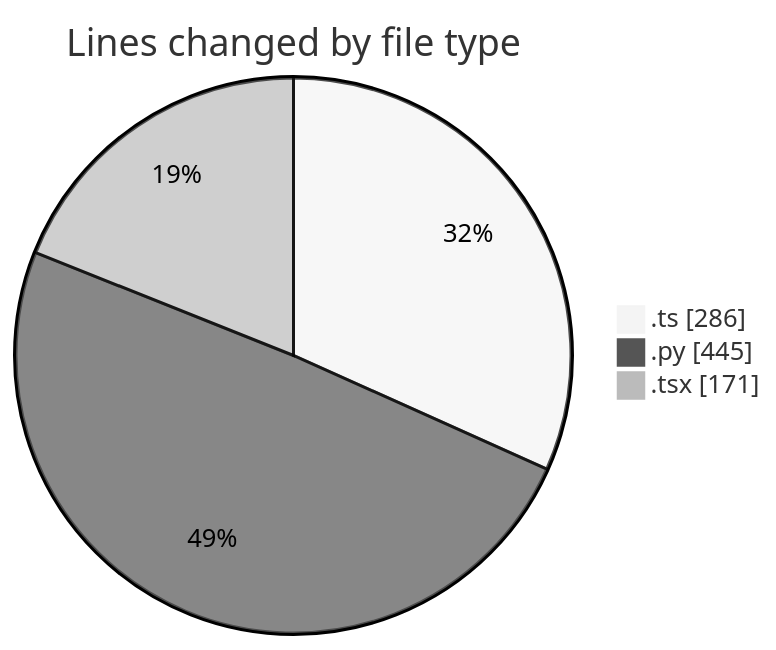
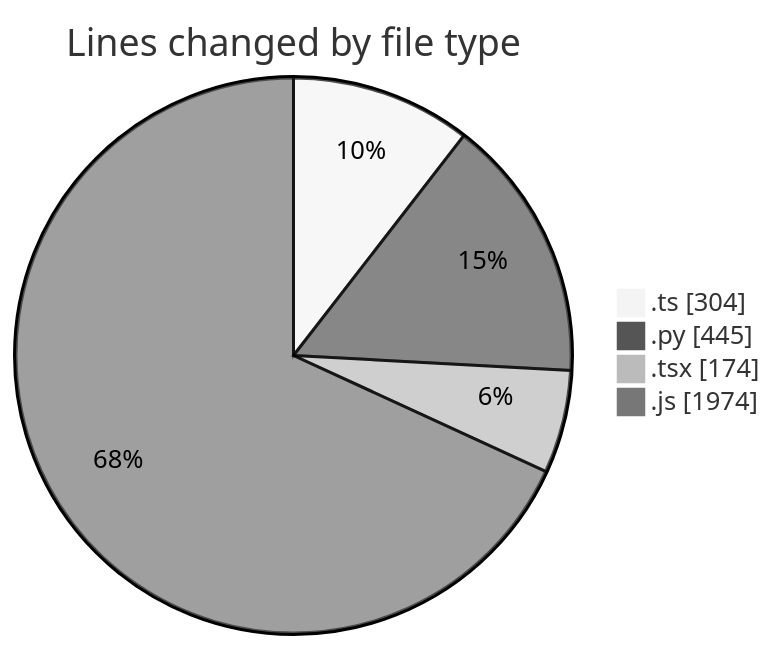
The first of 2 diagrams in 2025-05-19/niten/README.md (Elitesun/code-tracking), drawn with Mermaid (neutral theme) before and after one commit. The commit also changed other lines of this file and 1 other file, not shown here.

````diff
--- a/2025-05-19/niten/README.md
+++ b/2025-05-19/niten/README.md
@@ -27,7 +29,8 @@
 ```mermaid
 pie showData
 title Lines changed by file type
-".ts" : 286
+".ts" : 304
 ".py" : 445
-".tsx" : 171
+".tsx" : 174
+".js" : 1974
 ```
````
